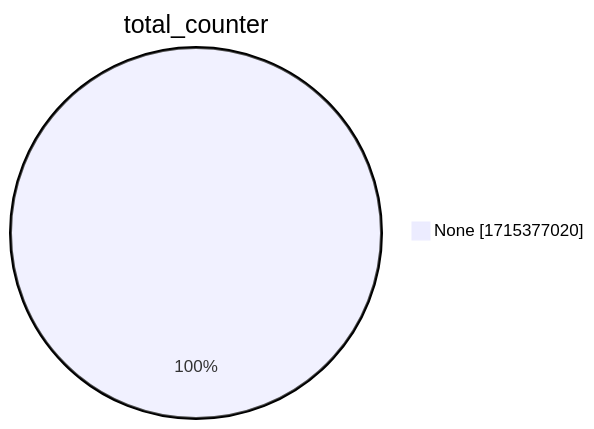
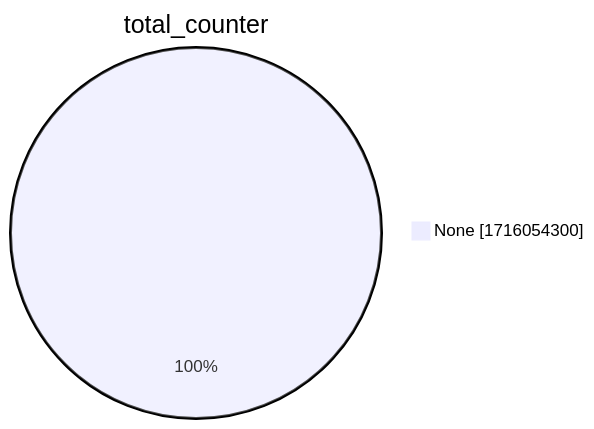
The second of 15 diagrams in xenon2022/README.md (christiankrug/ctmonitor_visualization), drawn with Mermaid before and after one commit. The commit also changed other lines of this file, not shown here.

````diff
--- a/xenon2022/README.md
+++ b/xenon2022/README.md
@@ -9,5 +9,5 @@
 ```mermaid
 pie showData
 title total_counter
-"None" :1715377020
+"None" :1716054300
 ```
````
